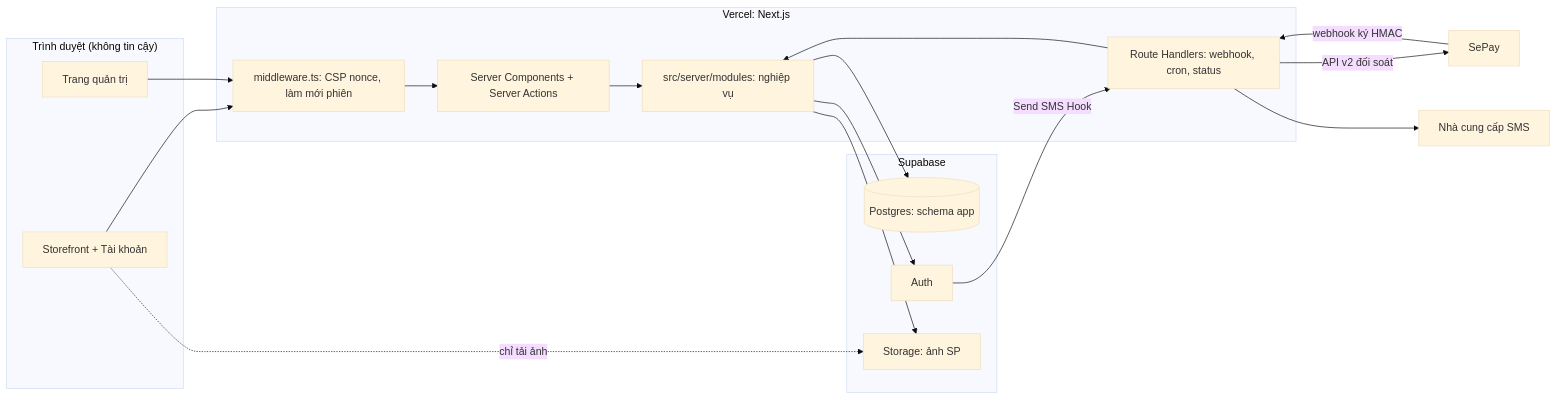
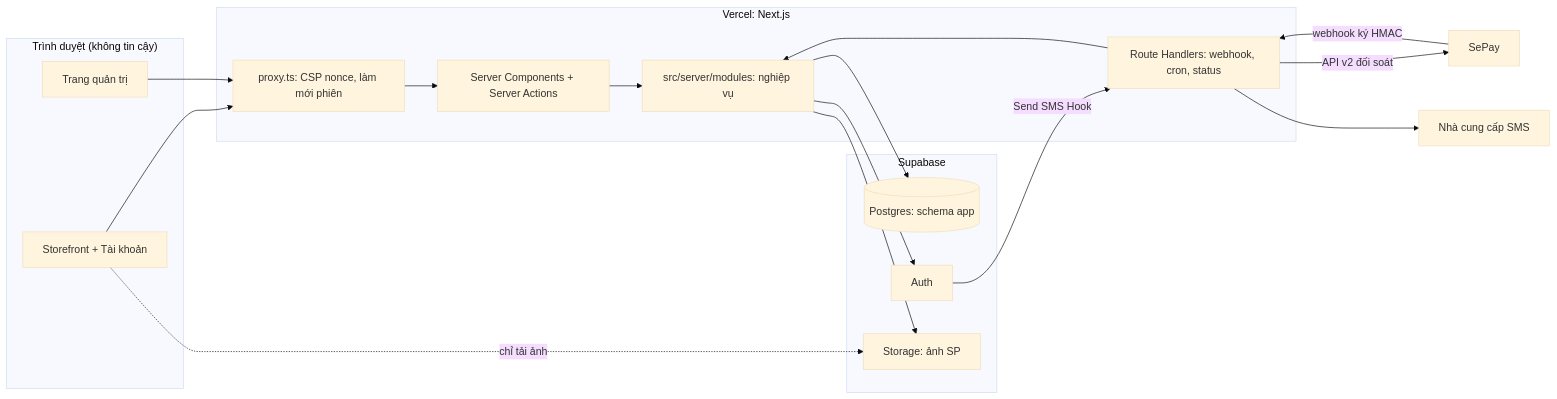
Before and after one commit to Cunmoimoi/tuongvi-mart: the first of 2 diagrams in docs/ARCHITECTURE.md, drawn with Mermaid (base theme). The commit also changed other lines of this file and 9 other files, not shown here.

Commit message:
T0.5b: rename middleware.ts to proxy.ts (Next.js 16), update tests and docs

````diff
--- a/docs/ARCHITECTURE.md
+++ b/docs/ARCHITECTURE.md
@@ -37,30 +37,30 @@
 ```mermaid
 flowchart LR
   subgraph Browser["Trình duyệt (không tin cậy)"]
     Shop["Storefront + Tài khoản"]
     Admin["Trang quản trị"]
   end
   subgraph Vercel["Vercel: Next.js"]
-    MW["middleware.ts: CSP nonce, làm mới phiên"]
+    MW["proxy.ts: CSP nonce, làm mới phiên"]
     RSC["Server Components + Server Actions"]
     API["Route Handlers: webhook, cron, status"]
     SVC["src/server/modules: nghiệp vụ"]
   end
   subgraph Supabase
     PG[("Postgres: schema app")]
     AUTH["Auth"]
     ST["Storage: ảnh SP"]
   end
   SePay["SePay"] -->|"webhook ký HMAC"| API
   API -->|"API v2 đối soát"| SePay
   AUTH -->|"Send SMS Hook"| API
   API --> SMS["Nhà cung cấp SMS"]
   Shop --> MW --> RSC
   Admin --> MW
   RSC --> SVC
   API --> SVC
   SVC --> PG
   SVC --> AUTH
   SVC --> ST
   Shop -.->|"chỉ tải ảnh"| ST
 ```
````
